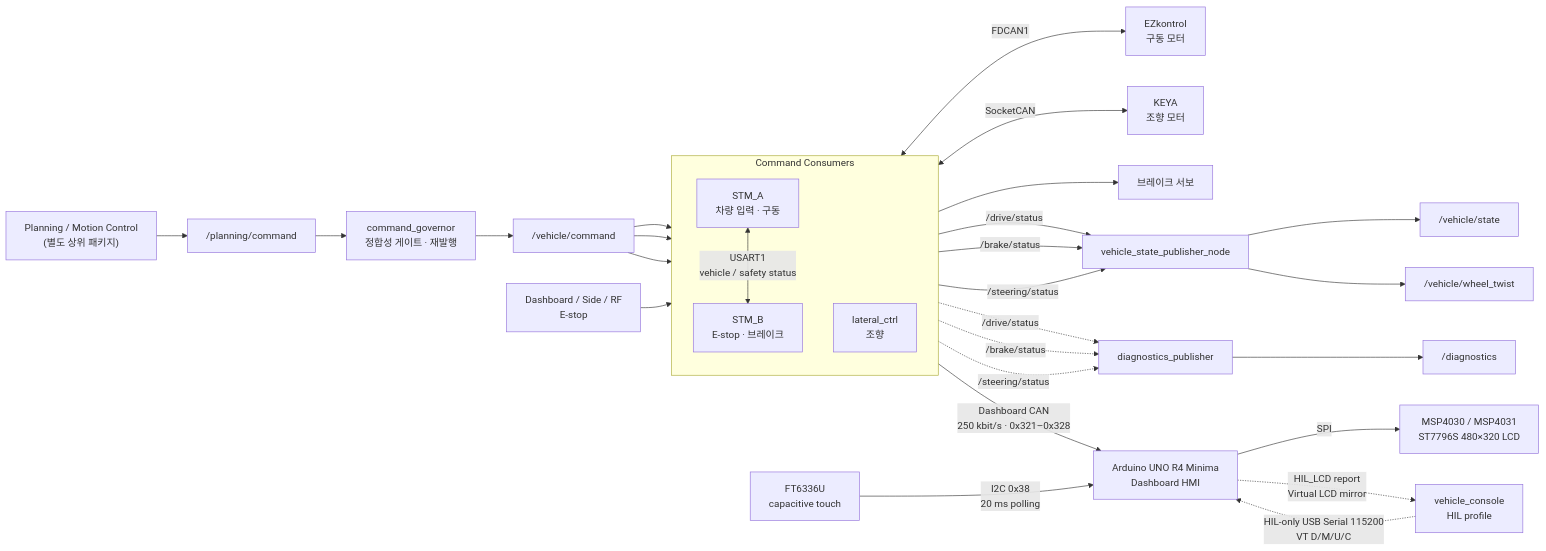
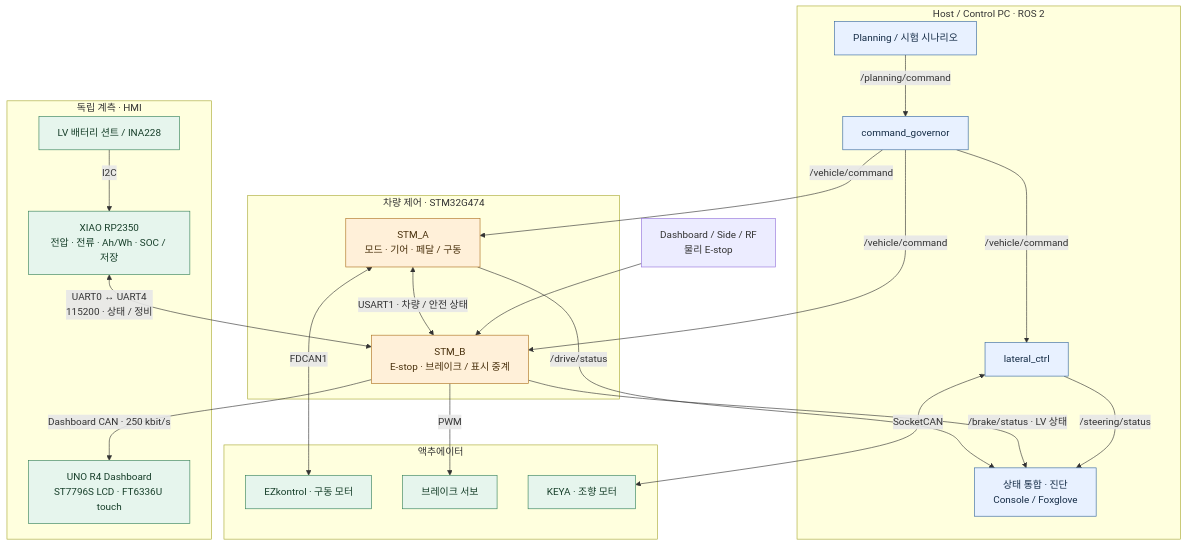
One commit to shinjuyeop/Control changed the first of 3 diagrams in docs/ARCHITECTURE.md. Above: the diagram before and after it, drawn with Mermaid. The commit also changed other lines of this file and 22 other files, not shown here.

First line of the commit message:
docs(control): refresh RP2350 architecture and streamline vehicle runbook

````diff
--- a/docs/ARCHITECTURE.md
+++ b/docs/ARCHITECTURE.md
@@ -21,54 +19,49 @@
 ```mermaid
-flowchart LR
-    Planning["Planning / Motion Control<br/>(별도 상위 패키지)"]
-    PlanCmd["/planning/command"]
-    Governor["command_governor<br/>정합성 게이트 · 재발행"]
-    Command["/vehicle/command"]
-
-    subgraph Consumers["Command Consumers"]
-        direction TB
-        STMA["STM_A<br/>차량 입력 · 구동"]
-        STMB["STM_B<br/>E-stop · 브레이크"]
-        Steering["lateral_ctrl<br/>조향"]
+flowchart TB
+    subgraph Host["Host / Control PC · ROS 2"]
+        Planning["Planning / 시험 시나리오"]
+        Governor["command_governor"]
+        Steering["lateral_ctrl"]
+        Observe["상태 통합 · 진단<br/>Console / Foxglove"]
+        Planning -->|"/planning/command"| Governor
+        Governor -->|"/vehicle/command"| Steering
     end
 
-    Drive["EZkontrol<br/>구동 모터"]
-    Keya["KEYA<br/>조향 모터"]
-    Estop["Dashboard / Side / RF<br/>E-stop"]
-    Servo["브레이크 서보"]
-    Fusion["vehicle_state_publisher_node"]
-    State["/vehicle/state"]
-    WheelTwist["/vehicle/wheel_twist"]
-    Diagnostics["diagnostics_publisher"]
-    DiagnosticTopic["/diagnostics"]
-    UNO["Arduino UNO R4 Minima<br/>Dashboard HMI"]
-    LCD["MSP4030 / MSP4031<br/>ST7796S 480×320 LCD"]
-    Touch["FT6336U<br/>capacitive touch"]
-    HilConsole["vehicle_console<br/>HIL profile"]
+    subgraph Control["차량 제어 · STM32G474"]
+        A["STM_A<br/>모드 · 기어 · 페달 / 구동"]
+        B["STM_B<br/>E-stop · 브레이크 / 표시 중계"]
+        A <-->|"USART1 · 차량 / 안전 상태"| B
+    end
 
-    Planning --> PlanCmd
-    PlanCmd --> Governor
-    Governor --> Command
-    Command --> STMA
-    Command --> STMB
-    Command --> Steering
-    STMA <-->|"USART1<br/>vehicle / safety status"| STMB
-    STMA <-->|"FDCAN1"| Drive
-    Steering <-->|"SocketCAN"| Keya
-    Estop --> STMB
-    STMB --> Servo
-    STMA -->|"/drive/status"| Fusion
-    STMB -->|"/brake/status"| Fusion
-    Steering -->|"/steering/status"| Fusion
-    Fusion --> State
-    Fusion --> WheelTwist
-    STMA -.->|"/drive/status"| Diagnostics
-    STMB -.->|"/brake/status"| Diagnostics
-    Steering -.->|"/steering/status"| Diagnostics
-    Diagnostics --> DiagnosticTopic
-    STMB -->|"Dashboard CAN<br/>250 kbit/s · 0x321–0x328"| UNO
-    UNO -->|"SPI"| LCD
-    Touch -->|"I2C 0x38<br/>20 ms polling"| UNO
-    HilConsole -.->|"HIL-only USB Serial 115200<br/>VT D/M/U/C"| UNO
-    UNO -.->|"HIL_LCD report<br/>Virtual LCD mirror"| HilConsole
+    subgraph Outputs["액추에이터"]
+        EZ["EZkontrol · 구동 모터"]
+        Brake["브레이크 서보"]
+        KEYA["KEYA · 조향 모터"]
+    end
+
+    subgraph Meter["독립 계측 · HMI"]
+        INA["LV 배터리 션트 / INA228"]
+        RP["XIAO RP2350<br/>전압 · 전류 · Ah/Wh · SOC / 저장"]
+        UNO["UNO R4 Dashboard<br/>ST7796S LCD · FT6336U touch"]
+        INA -->|"I2C"| RP
+    end
+
+    EStop["Dashboard / Side / RF<br/>물리 E-stop"] --> B
+    Governor -->|"/vehicle/command"| A
+    Governor -->|"/vehicle/command"| B
+    A <-->|"FDCAN1"| EZ
+    B -->|"PWM"| Brake
+    Steering <-->|"SocketCAN"| KEYA
+    A -->|"/drive/status"| Observe
+    B -->|"/brake/status · LV 상태"| Observe
+    Steering -->|"/steering/status"| Observe
+    RP <-->|"UART0 ↔ UART4<br/>115200 · 상태 / 정비"| B
+    B -->|"Dashboard CAN · 250 kbit/s"| UNO
+
+    classDef host fill:#e8f1ff,stroke:#3567a0,color:#142b45
+    classDef controller fill:#fff0d9,stroke:#ad7020,color:#49300c
+    classDef peripheral fill:#e6f5ed,stroke:#35815a,color:#163e29
+    class Planning,Governor,Steering,Observe host
+    class A,B controller
+    class INA,RP,UNO,EZ,Brake,KEYA peripheral
 ```
````
